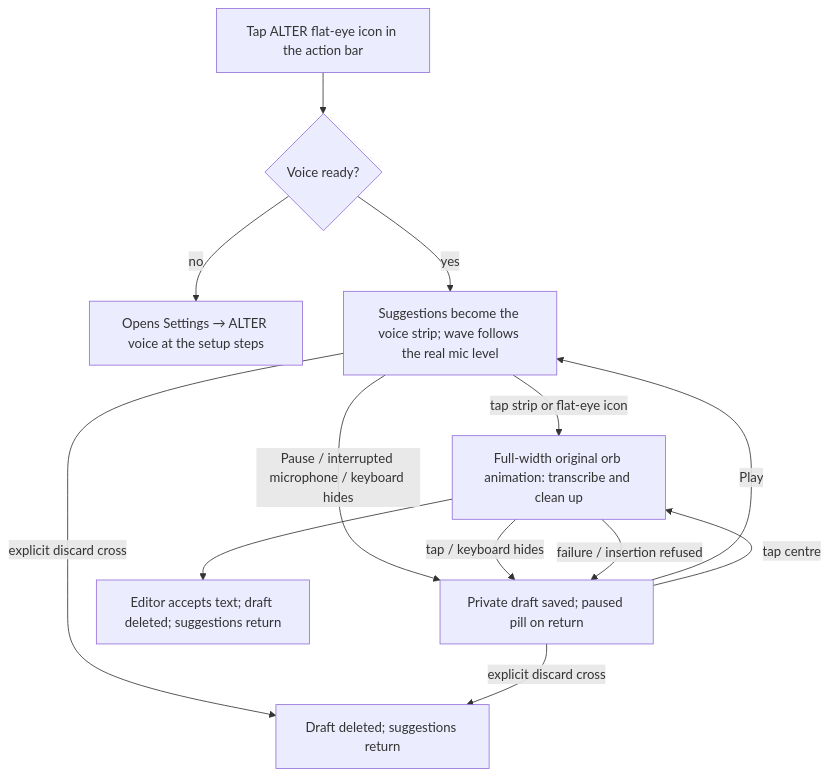
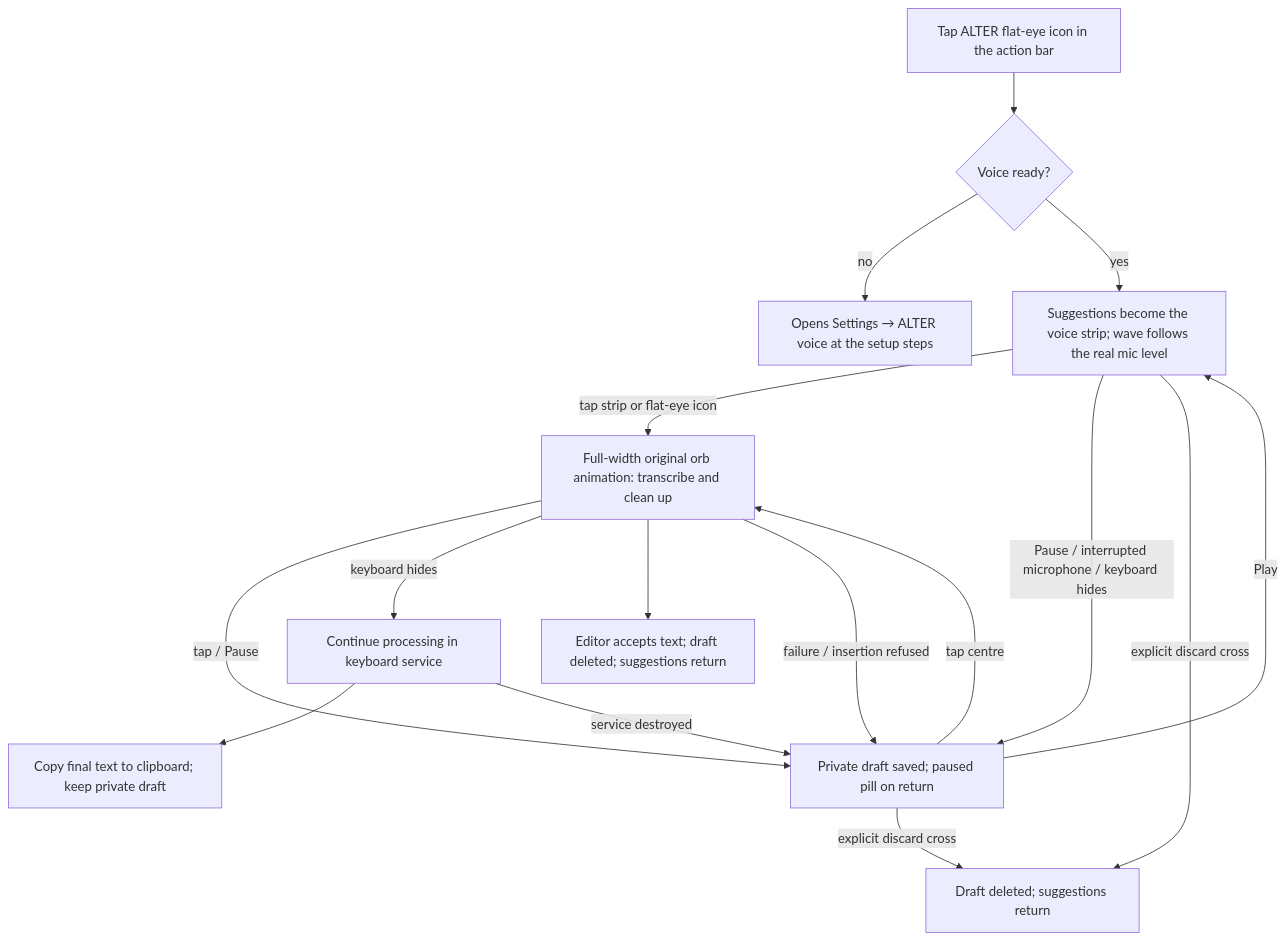
One commit to hardikk-gupta/alter-keyboard changed the second of 3 diagrams in docs/SITEMAP.md. Above: the diagram before and after it, drawn with Mermaid. The commit also changed other lines of this file and 10 other files, not shown here.

Commit message:
Simplify voice icons and copy background processing results

````diff
--- a/docs/SITEMAP.md
+++ b/docs/SITEMAP.md
@@ -77,15 +79,18 @@
 ```mermaid
 flowchart TD
     A[Tap ALTER flat-eye icon in the action bar] --> B{Voice ready?}
     B -- no --> S[Opens Settings → ALTER voice at the setup steps]
     B -- yes --> C[Suggestions become the voice strip; wave follows the real mic level]
     C -- tap strip or flat-eye icon --> D[Full-width original orb animation: transcribe and clean up]
     C -- Pause / interrupted microphone / keyboard hides --> P[Private draft saved; paused pill on return]
     P -- Play --> C
     P -- tap centre --> D
     C -- explicit discard cross --> X[Draft deleted; suggestions return]
     P -- explicit discard cross --> X
-    D -- tap / keyboard hides --> P
+    D -- tap / Pause --> P
+    D -- keyboard hides --> BG[Continue processing in keyboard service]
+    BG --> CL[Copy final text to clipboard; keep private draft]
+    BG -- service destroyed --> P
     D --> E[Editor accepts text; draft deleted; suggestions return]
     D -- failure / insertion refused --> P
 ```
````
